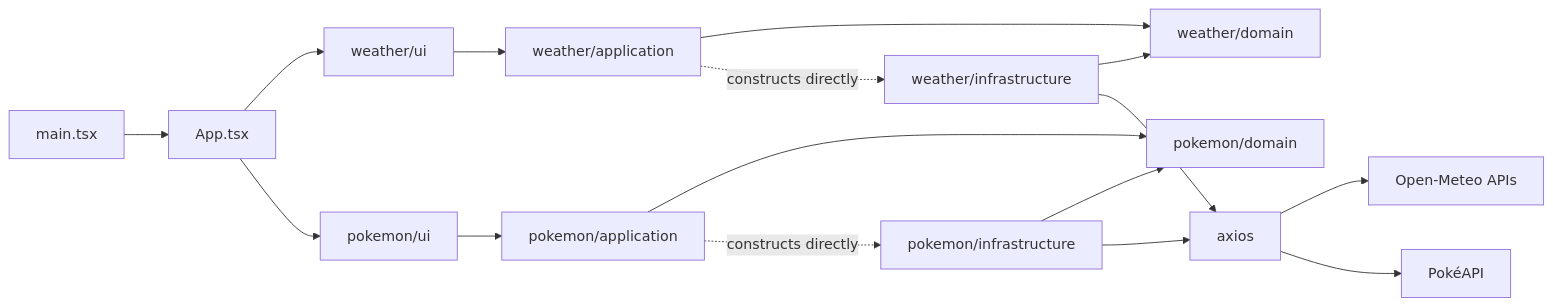
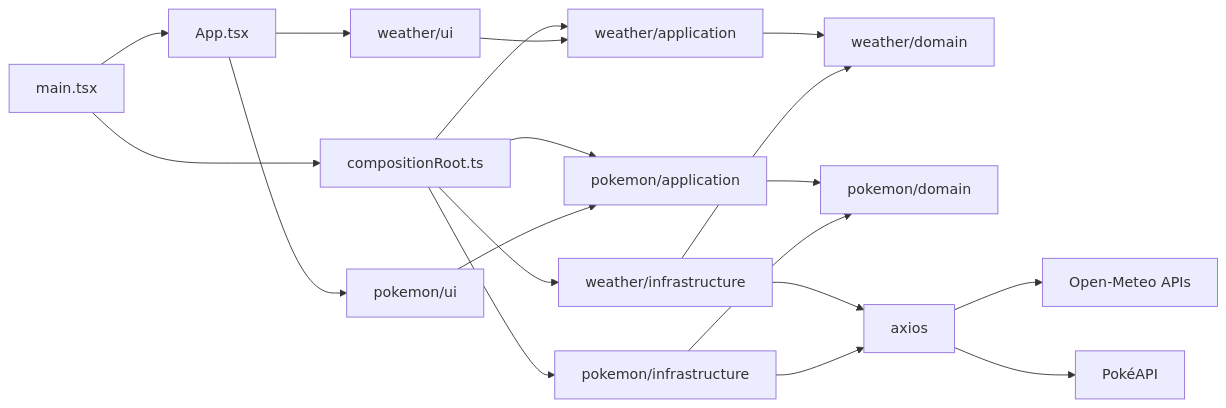
The diagram in docs/architecture.md (Mikode13/slop-lab), drawn with Mermaid before and after one commit. The commit also changed other lines of this file and 11 other files, not shown here.

First line of the commit message:
feat: wire use cases through factories and a composition root

````diff
--- a/docs/architecture.md
+++ b/docs/architecture.md
@@ -24,18 +24,21 @@
 ```mermaid
 flowchart LR
-    Main[main.tsx] --> App[App.tsx]
+    Main[main.tsx] --> Composition[compositionRoot.ts]
+    Main --> App[App.tsx]
+    Composition --> WeatherApp[weather/application]
+    Composition --> PokemonApp[pokemon/application]
+    Composition --> WeatherInfra[weather/infrastructure]
+    Composition --> PokemonInfra[pokemon/infrastructure]
     App --> WeatherUI[weather/ui]
     App --> PokemonUI[pokemon/ui]
-    WeatherUI --> WeatherApp[weather/application]
-    PokemonUI --> PokemonApp[pokemon/application]
+    WeatherUI --> WeatherApp
+    PokemonUI --> PokemonApp
     WeatherApp --> WeatherDomain[weather/domain]
     PokemonApp --> PokemonDomain[pokemon/domain]
-    WeatherApp -. constructs directly .-> WeatherInfra[weather/infrastructure]
-    PokemonApp -. constructs directly .-> PokemonInfra[pokemon/infrastructure]
     WeatherInfra --> WeatherDomain
     PokemonInfra --> PokemonDomain
     WeatherInfra --> Axios[axios]
     PokemonInfra --> Axios
     Axios --> OpenMeteo[Open-Meteo APIs]
     Axios --> PokeAPI[PokéAPI]
 ```
````
